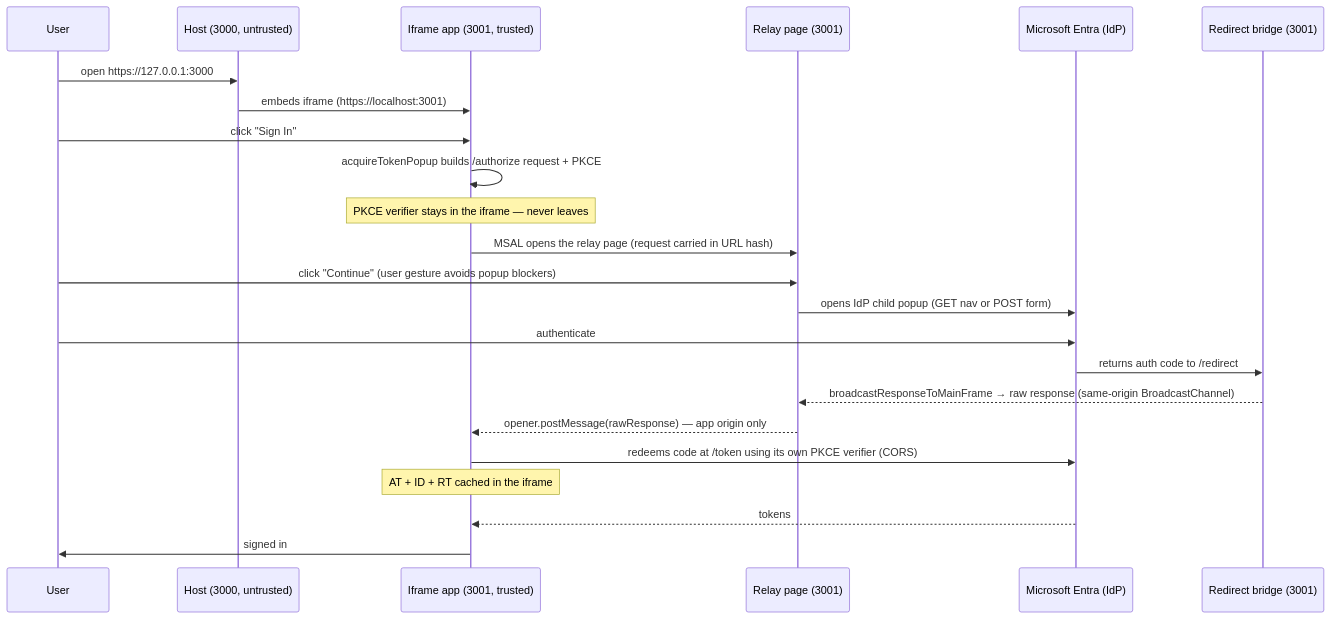
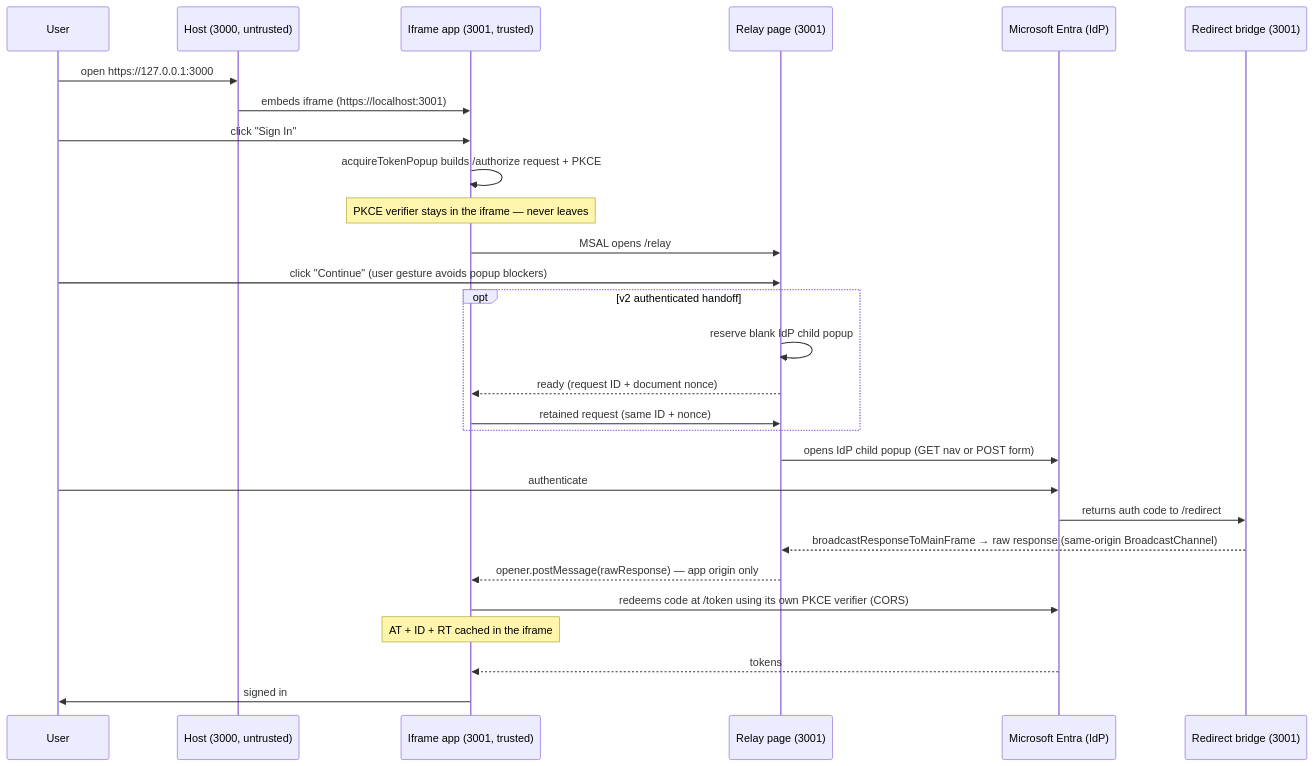
One commit to AzureAD/microsoft-authentication-library-for-js changed the diagram in samples/msal-browser-samples/UntrustedTopFrameSample/README.md. Above: the diagram before and after it, drawn with Mermaid. The commit also changed other lines of this file and 19 other files, not shown here.

Commit message:
- Add opt-in authenticated popup-relay protocol v2 and explicit protocol mismatch errors - Deprecate v1 due to security concerns while preserving compatibility for staged migration and retirement

````diff
--- a/samples/msal-browser-samples/UntrustedTopFrameSample/README.md
+++ b/samples/msal-browser-samples/UntrustedTopFrameSample/README.md
@@ -45,25 +51,30 @@
 ```mermaid
 sequenceDiagram
     participant U as User
     participant H as Host (3000, untrusted)
     participant I as Iframe app (3001, trusted)
     participant R as Relay page (3001)
     participant E as Microsoft Entra (IdP)
     participant C as Redirect bridge (3001)
     U->>H: open https://127.0.0.1:3000
     H->>I: embeds iframe (https://localhost:3001)
     U->>I: click "Sign In"
     I->>I: acquireTokenPopup builds /authorize request + PKCE
     Note over I: PKCE verifier stays in the iframe — never leaves
-    I->>R: MSAL opens the relay page (request carried in URL hash)
+    I->>R: MSAL opens /relay#req (v1) or /relay-v2#id (v2)
     U->>R: click "Continue" (user gesture avoids popup blockers)
+    opt v2 authenticated handoff
+        R->>R: reserve blank IdP child popup
+        R-->>I: ready (request ID + document nonce)
+        I->>R: retained request (same ID + nonce)
+    end
     R->>E: opens IdP child popup (GET nav or POST form)
     U->>E: authenticate
     E->>C: returns auth code to /redirect
     C-->>R: broadcastResponseToMainFrame → raw response (same-origin BroadcastChannel)
     R-->>I: opener.postMessage(rawResponse) — app origin only
     I->>E: redeems code at /token using its own PKCE verifier (CORS)
     Note over I: AT + ID + RT cached in the iframe
     E-->>I: tokens
     I->>U: signed in
 ```
````
